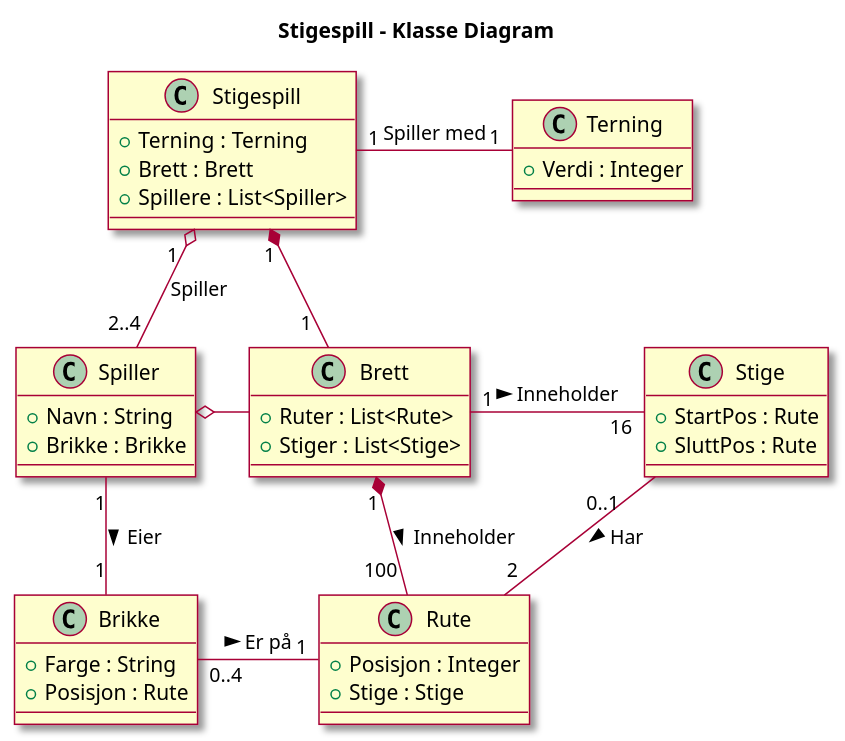
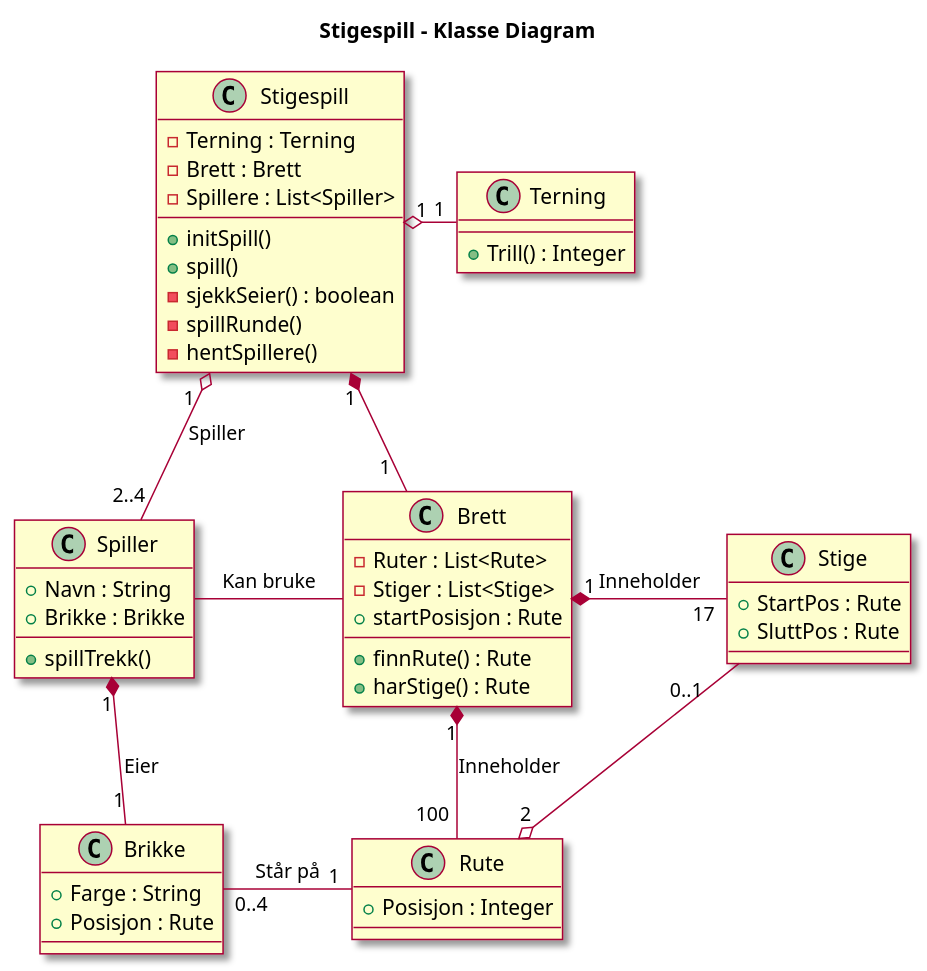
The diagram in Oblig1/Diagrammer/Klassediagram.plantuml (h598062/DAT109), drawn with PlantUML before and after one commit. The commit also changed 6 other files, not shown here.

Commit message:
diagrammer

```diff
--- a/Oblig1/Diagrammer/Klassediagram.plantuml
+++ b/Oblig1/Diagrammer/Klassediagram.plantuml
@@ -1,46 +1,54 @@
 @startuml Klassediagram
 
 skin rose
 
 title Stigespill - Klasse Diagram
 
 class Stigespill{
-	+Terning : Terning
-	+Brett : Brett
-	+Spillere : List<Spiller>
+	-Terning : Terning
+	-Brett : Brett
+	-Spillere : List<Spiller>
+	+initSpill()
+	+spill()
+	-sjekkSeier() : boolean
+	-spillRunde()
+	-hentSpillere()
 }
 class Brett{
-	+Ruter : List<Rute>
-	+Stiger : List<Stige>
+	-Ruter : List<Rute>
+	-Stiger : List<Stige>
+	+startPosisjon : Rute
+	+finnRute() : Rute
+	+harStige() : Rute
 }
 class Rute{
 	+Posisjon : Integer
-	+Stige : Stige
 }
 class Stige{
 	+StartPos : Rute
 	+SluttPos : Rute
 }
 class Spiller{
 	+Navn : String
 	+Brikke : Brikke
+	+spillTrekk()
 }
 class Brikke{
 	+Farge : String
 	+Posisjon : Rute
 }
 class Terning{
-	+Verdi : Integer
+	+Trill() : Integer
 }
 
-Brett "1" *-down- "100 " Rute: Inneholder >
-Brett "1   " -right- " 16" Stige: Inneholder >
-Stige "0..1    " -down- "2" Rute : Har >
+Brett "1" *-down- "100 " Rute: Inneholder
+Brett "1   " *-right- " 17" Stige: Inneholder
+Stige "0..1    " -down-o "2" Rute
 Stigespill "1  " o-down- "2..4" Spiller: Spiller
 Stigespill "1" *-down- "1  " Brett
-Stigespill "1   " -right- "   1" Terning: Spiller med
-Spiller "1" -down- "1" Brikke: Eier >
-Spiller o-right- Brett
-Brikke "0..4" -right- "   1" Rute: Er på >
+Stigespill "1   " o-right- "   1" Terning
+Spiller "1" *-down- "1" Brikke: Eier
+Spiller -right- Brett: Kan bruke
+Brikke "0..4" -right- "   1" Rute: Står på
 
 @enduml
```
